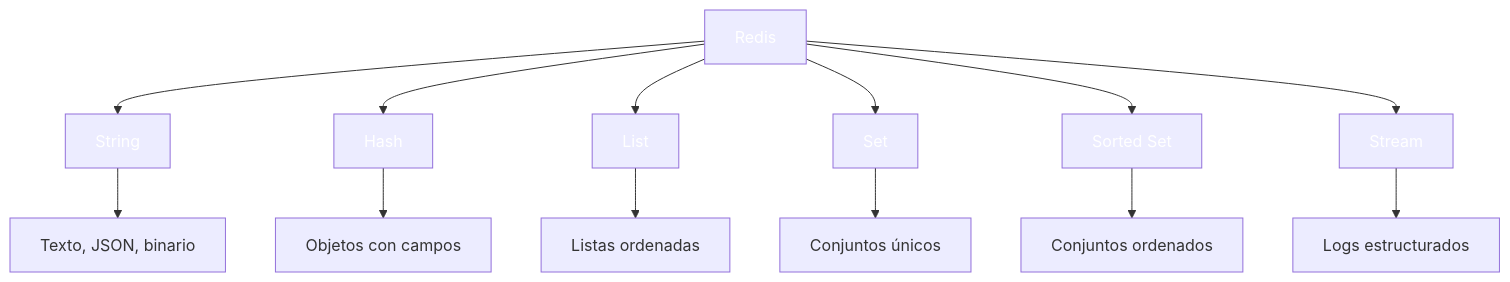
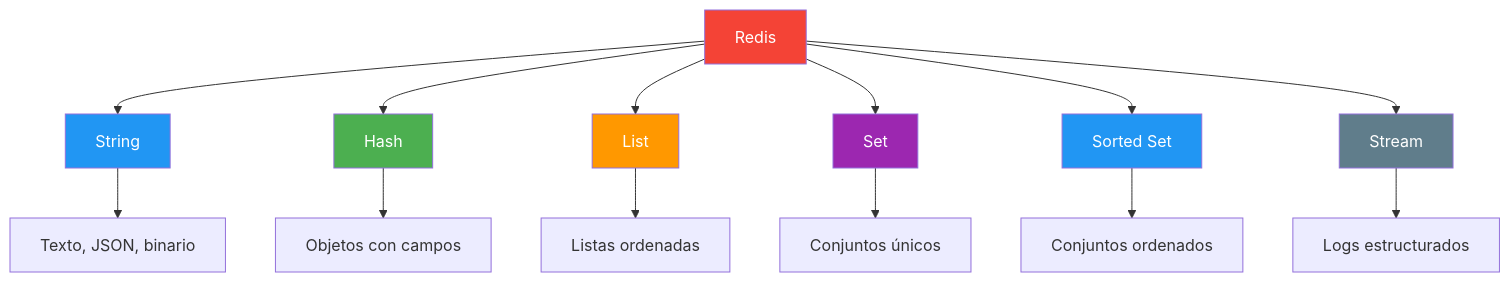
Before and after one commit to joseluisgs/DesarrolloWebEntornosServidor-02-2026-2027: diagram 12 of 17 in 14-cache-redis.md, drawn with Mermaid. The commit also changed other lines of this file, not shown here.

````diff
--- a/14-cache-redis.md
+++ b/14-cache-redis.md
@@ -431,22 +438,22 @@
 ```mermaid
 flowchart TD
     A["Redis"] --> B["String"]
     A --> C["Hash"]
     A --> D["List"]
     A --> E["Set"]
     A --> F["Sorted Set"]
     A --> G["Stream"]
     B --> B1["Texto, JSON, binario"]
     C --> C1["Objetos con campos"]
     D --> D1["Listas ordenadas"]
     E --> E1["Conjuntos únicos"]
     F --> F1["Conjuntos ordenados"]
     G --> G1["Logs estructurados"]
-    style A fill:#F4433,color:#fff6,color:#fff
-    style B fill:#2196F,color:#fff3,color:#fff
-    style C fill:#4CAF5,color:#fff0,color:#fff
-    style D fill:#FF980,color:#fff0,color:#fff
-    style E fill:#9C27B,color:#fff0,color:#fff
-    style F fill:#2196F,color:#fff3,color:#fff
-    style G fill:#607D8,color:#fffB,color:#fff
+    style A fill:#F44336,color:#fff
+    style B fill:#2196F3,color:#fff
+    style C fill:#4CAF50,color:#fff
+    style D fill:#FF9800,color:#fff
+    style E fill:#9C27B0,color:#fff
+    style F fill:#2196F3,color:#fff
+    style G fill:#607D8B,color:#fff
 ```
````
